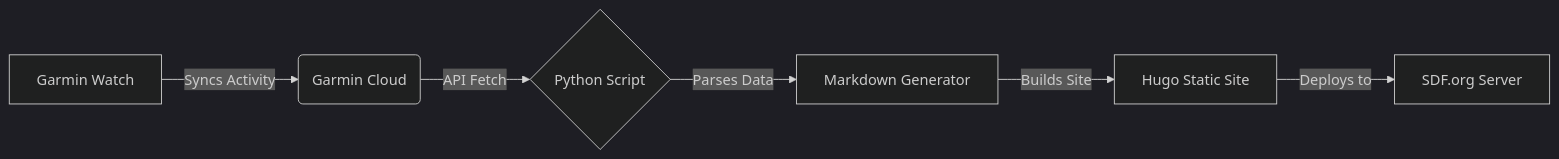
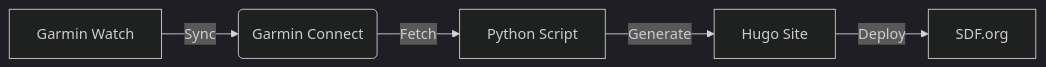
The diagram in README.md (spragger/garmin2hugo), drawn with Mermaid (dark theme) before and after one commit. The commit also changed other lines of this file, not shown here.

````diff
--- a/README.md
+++ b/README.md
@@ -34,8 +13,7 @@
 ```mermaid
-flowchart LR
-    A[Garmin Watch] -->|Syncs Activity| B(Garmin Cloud)
-    B -->|API Fetch| C{Python Script}
-    C -->|Parses Data| D[Markdown Generator]
-    D -->|Builds Site| E[Hugo Static Site]
-    E -->|Deploys to| F[SDF.org Server]
+graph LR
+    A[Garmin Watch] -->|Sync| B(Garmin Connect)
+    B -->|Fetch| C[Python Script]
+    C -->|Generate| D[Hugo Site]
+    D -->|Deploy| E[SDF.org]
 ```
````
